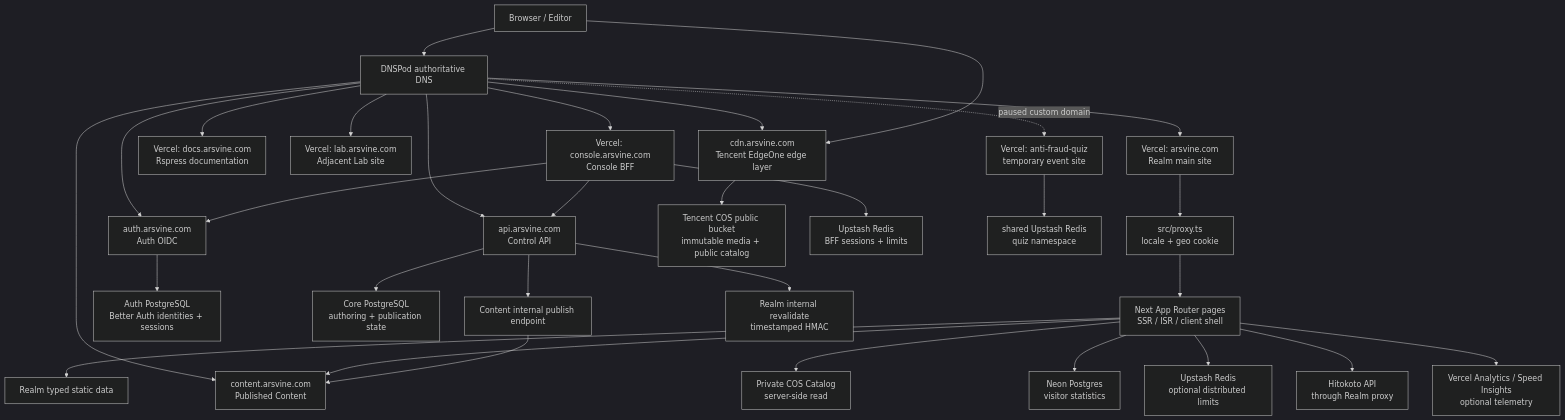
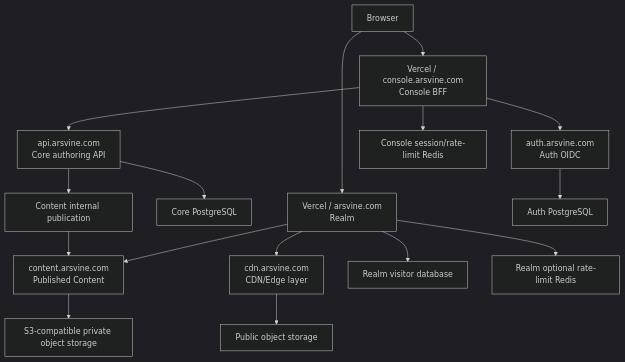
Before and after one commit to Arsvine-Devs/realm: the diagram in docs/architecture/SYSTEM_MAP.md, drawn with Mermaid (dark theme). The commit also changed other lines of this file and 31 other files, not shown here.

````diff
--- a/docs/architecture/SYSTEM_MAP.md
+++ b/docs/architecture/SYSTEM_MAP.md
@@ -15,37 +13,18 @@
 ```mermaid
 flowchart TB
-  USER[Browser / Editor] --> DNS[DNSPod authoritative DNS]
-
-  DNS --> MAIN[Vercel: arsvine.com\nRealm main site]
-  DNS --> CONSOLE[Vercel: console.arsvine.com\nConsole BFF]
-  DNS --> AUTH[auth.arsvine.com\nAuth OIDC]
-  DNS --> API[api.arsvine.com\nControl API]
-  DNS --> CONTENT[content.arsvine.com\nPublished Content]
-  DNS --> DOCS[Vercel: docs.arsvine.com\nRspress documentation]
-  DNS --> LAB[Vercel: lab.arsvine.com\nAdjacent Lab site]
-  DNS --> CDN[cdn.arsvine.com\nTencent EdgeOne edge layer]
-  DNS -. paused custom domain .-> QUIZ[Vercel: anti-fraud-quiz\ntemporary event site]
-
-  MAIN --> PROXY[src/proxy.ts\nlocale + geo cookie]
-  PROXY --> PAGES[Next App Router pages\nSSR / ISR / client shell]
-  PAGES --> STATIC[Realm typed static data]
-  PAGES --> CONTENT
-  PAGES --> CATALOG[Private COS Catalog\nserver-side read]
-  PAGES --> RDB[Neon Postgres\nvisitor statistics]
-  PAGES --> RL[Upstash Redis\noptional distributed limits]
-  PAGES --> QUOTE[Hitokoto API\nthrough Realm proxy]
-  PAGES --> TEL[Vercel Analytics / Speed Insights\noptional telemetry]
-
-  USER --> CDN
-  CDN --> PUBCOS[Tencent COS public bucket\nimmutable media + public catalog]
-
-  CONSOLE --> AUTH
-  AUTH --> ADB[Auth PostgreSQL\nBetter Auth identities + sessions]
-  CONSOLE --> API
-  API --> CORE[Core PostgreSQL\nauthoring + publication state]
-  API --> CONTENT_PUBLISH[Content internal publish endpoint]
-  CONTENT_PUBLISH --> CONTENT
-  API --> REALM_REVALIDATE[Realm internal revalidate\ntimestamped HMAC]
-  CONSOLE --> ARL[Upstash Redis\nBFF sessions + limits]
-  QUIZ --> QUIZKV[shared Upstash Redis\nquiz namespace]
+  USER[Browser] --> REALM[Vercel / arsvine.com<br/>Realm]
+  USER --> CONSOLE[Vercel / console.arsvine.com<br/>Console BFF]
+  CONSOLE --> AUTH[auth.arsvine.com<br/>Auth OIDC]
+  CONSOLE --> API[api.arsvine.com<br/>Core authoring API]
+  API --> CORE[Core PostgreSQL]
+  API --> PUBLISH[Content internal publication]
+  PUBLISH --> CONTENT[content.arsvine.com<br/>Published Content]
+  CONTENT --> STORAGE[S3-compatible private object storage]
+  REALM --> CONTENT
+  REALM --> CDN[cdn.arsvine.com<br/>CDN/Edge layer]
+  CDN --> PUBLIC_STORAGE[Public object storage]
+  REALM --> VISITOR[Realm visitor database]
+  REALM --> REALM_REDIS[Realm optional rate-limit Redis]
+  CONSOLE --> CONSOLE_REDIS[Console session/rate-limit Redis]
+  AUTH --> AUTH_DB[Auth PostgreSQL]
 ```
````
